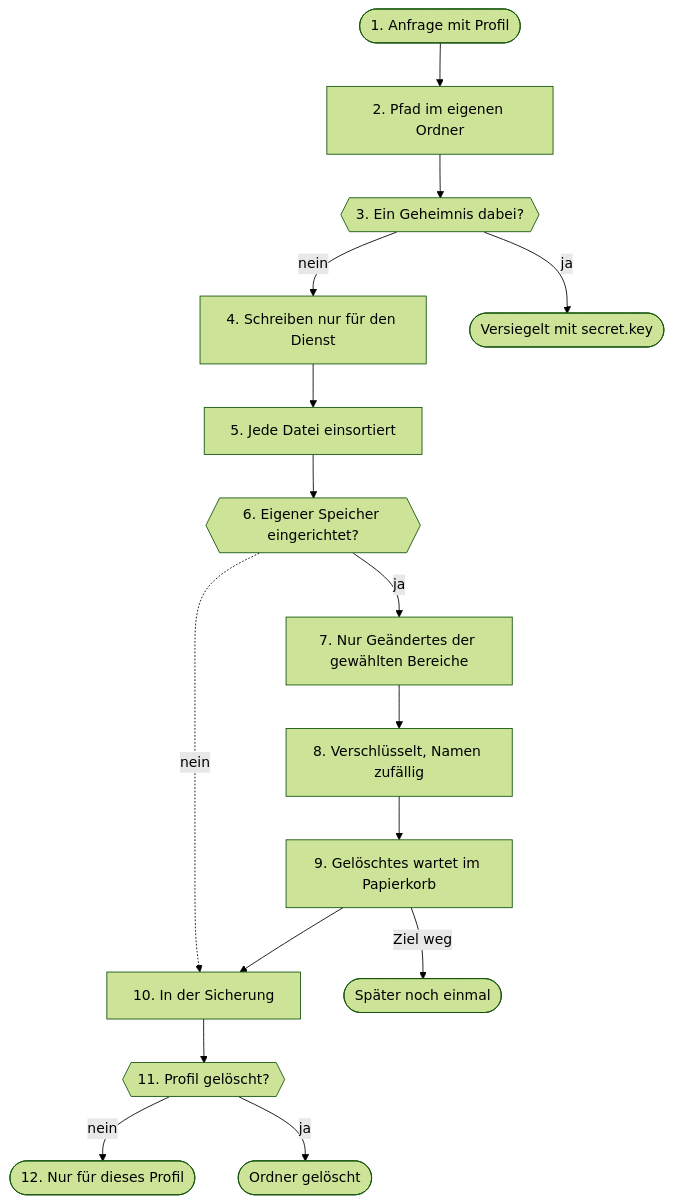
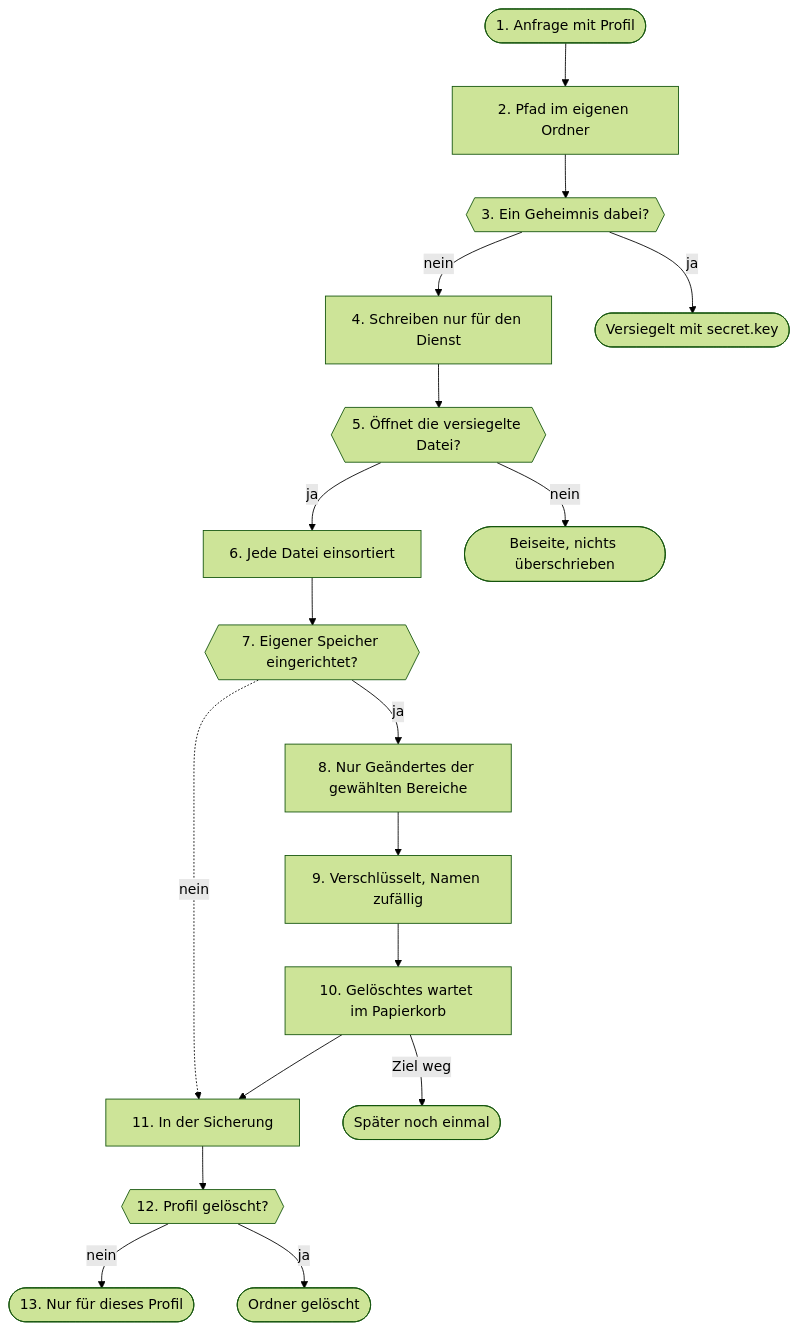
Diagram 25 of 31 in docs/de/architektur.md (db9979/speech-on-dgx-spark), drawn with Mermaid (forest theme) before and after one commit. The commit also changed other lines of this file and 39 other files, not shown here.

````diff
--- a/docs/de/architektur.md
+++ b/docs/de/architektur.md
@@ -3528,33 +3537,37 @@
 ```mermaid
 flowchart TD
   s1(["1. Anfrage mit Profil"])
   s2["2. Pfad im eigenen Ordner"]
   s3{{"3. Ein Geheimnis dabei?"}}
   s4["4. Schreiben nur für den Dienst"]
-  s5["5. Jede Datei einsortiert"]
-  s6{{"6. Eigener Speicher eingerichtet?"}}
-  s7["7. Nur Geändertes der gewählten Bereiche"]
-  s8["8. Verschlüsselt, Namen zufällig"]
-  s9["9. Gelöschtes wartet im Papierkorb"]
-  s10["10. In der Sicherung"]
-  s11{{"11. Profil gelöscht?"}}
-  s12(["12. Nur für dieses Profil"])
+  s4b{{"5. Öffnet die versiegelte Datei?"}}
+  s5["6. Jede Datei einsortiert"]
+  s6{{"7. Eigener Speicher eingerichtet?"}}
+  s7["8. Nur Geändertes der gewählten Bereiche"]
+  s8["9. Verschlüsselt, Namen zufällig"]
+  s9["10. Gelöschtes wartet im Papierkorb"]
+  s10["11. In der Sicherung"]
+  s11{{"12. Profil gelöscht?"}}
+  s12(["13. Nur für dieses Profil"])
   s1 --> s2
   s2 --> s3
   s3 -->|nein| s4
-  s4 --> s5
+  s4 --> s4b
+  s4b -->|ja| s5
   s5 --> s6
   s6 -->|ja| s7
   s7 --> s8
   s8 --> s9
   s9 --> s10
   s10 --> s11
   s11 -->|nein| s12
   s3x(["Versiegelt mit secret.key"])
   s3 -->|ja| s3x
+  s4bx(["Beiseite, nichts überschrieben"])
+  s4b -->|nein| s4bx
   s6 -.->|nein| s10
   s9x(["Später noch einmal"])
   s9 -->|Ziel weg| s9x
   s11x(["Ordner gelöscht"])
   s11 -->|ja| s11x
 ```
````
